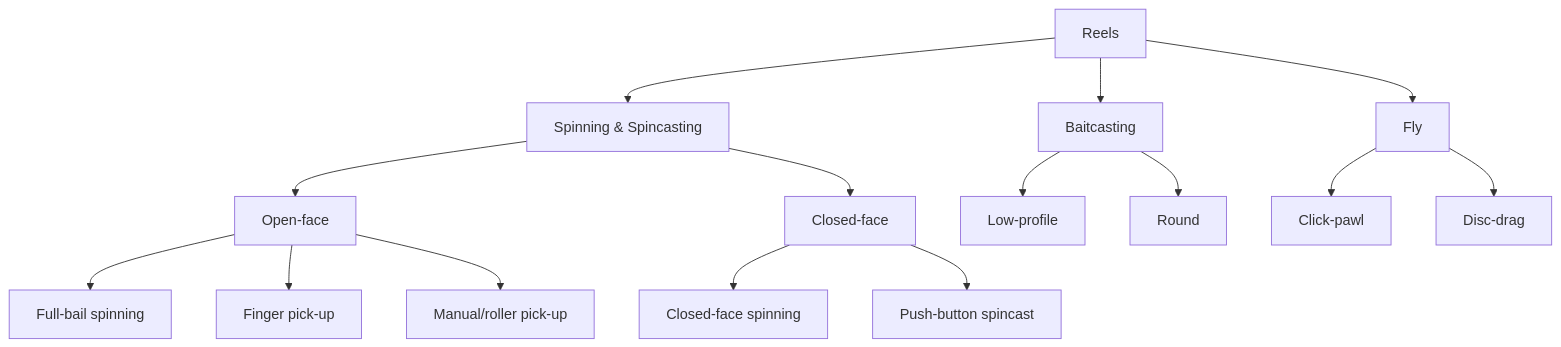
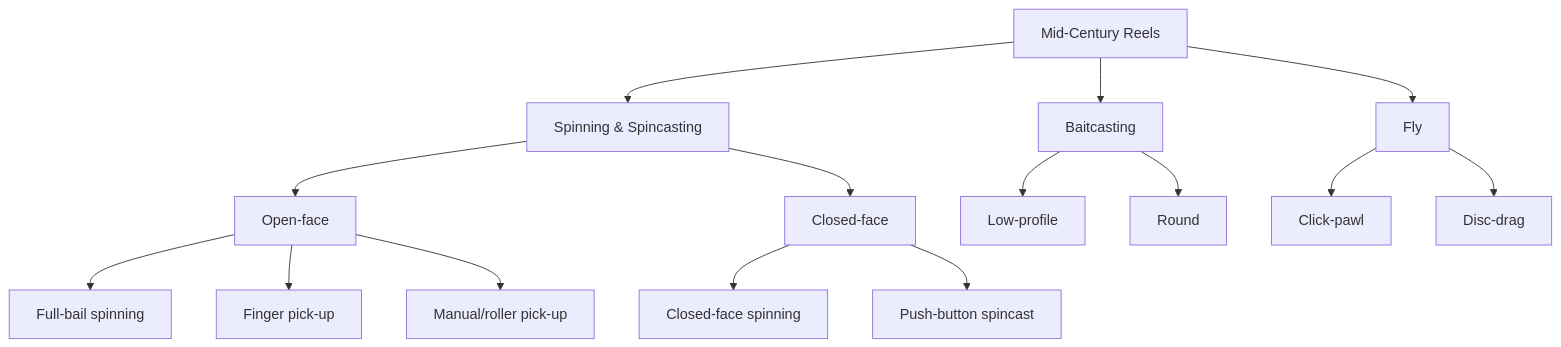
Before and after one commit to john-tech-writer/vintage-reel-service-guides: the first of 4 diagrams in docs/reel-taxonomy.md, drawn with Mermaid. The commit also changed other lines of this file and 1 other file, not shown here.

````diff
--- a/docs/reel-taxonomy.md
+++ b/docs/reel-taxonomy.md
@@ -11,24 +11,24 @@
 ```mermaid
 
 flowchart TD
-  A[Reels]
+  A[Mid-Century Reels]
   A --> S[Spinning & Spincasting]
   A --> B[Baitcasting]
   A --> F[Fly]
 
   S --> S1[Open-face]
   S --> S2[Closed-face]
 
   S1 --> B1[Full-bail spinning]
   S1 --> B2[Finger pick-up]
   S1 --> B3[Manual/roller pick-up]
 
   S2 --> C1[Closed-face spinning]
   S2 --> C2[Push-button spincast]
 
   B --> Bait1[Low-profile]
   B --> Bait2[Round]
 
   F --> Fly1[Click-pawl]
   F --> Fly2[Disc-drag]
 ```
````
